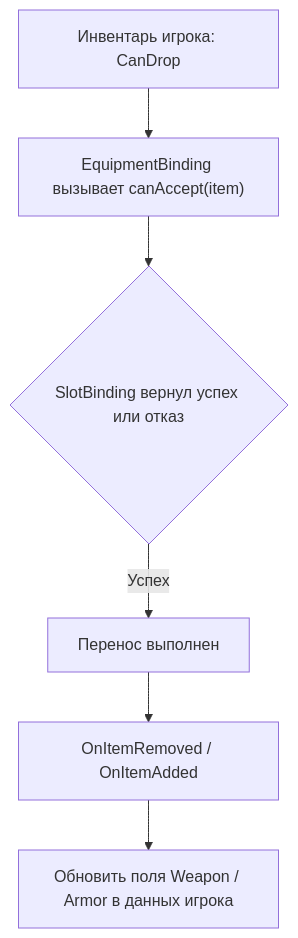
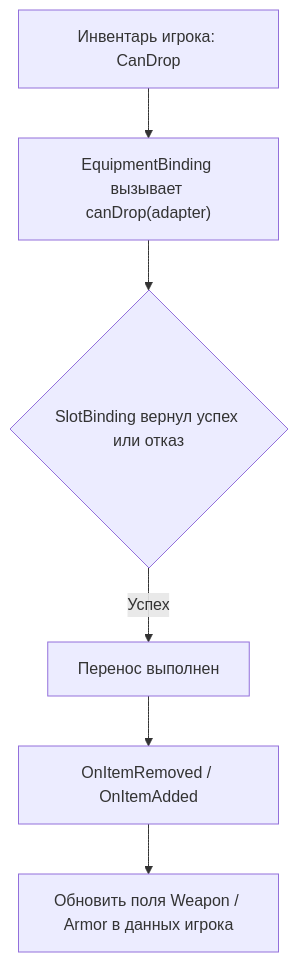
One commit to SergeevSergey99/DragAndDropSystem-Docs changed the third of 3 diagrams in .docs/content/examples/equipment.md. Above: the diagram before and after it, drawn with Mermaid. The commit also changed other lines of this file and 15 other files, not shown here.

````diff
--- a/.docs/content/examples/equipment.md
+++ b/.docs/content/examples/equipment.md
@@ -148,8 +152,8 @@
 ```mermaid
 flowchart TD
-    A["Инвентарь игрока: CanDrop"] --> B["EquipmentBinding вызывает canAccept(item)"]
+    A["Инвентарь игрока: CanDrop"] --> B["EquipmentBinding вызывает canDrop(adapter)"]
     B --> C{"SlotBinding вернул успех или отказ"}
     C -->|Успех| D["Перенос выполнен"]
     D --> E["OnItemRemoved / OnItemAdded"]
     E --> F["Обновить поля Weapon / Armor в данных игрока"]
 ```
````
